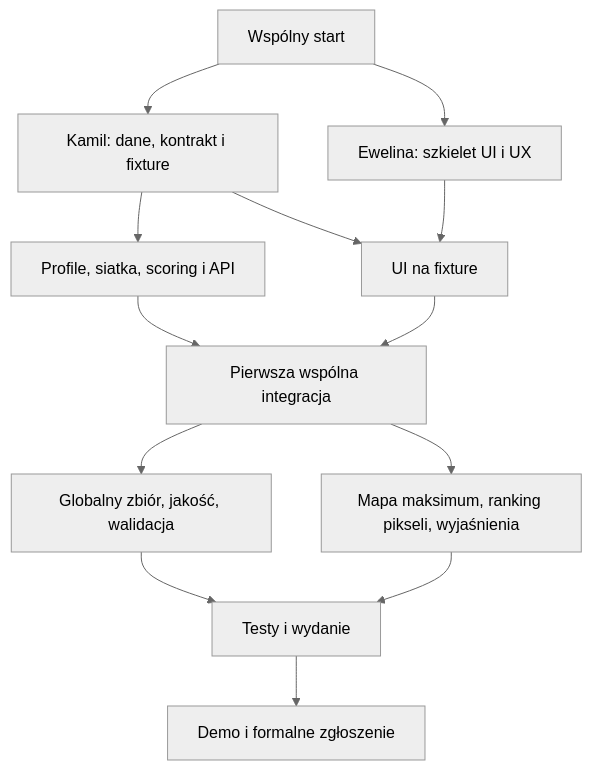
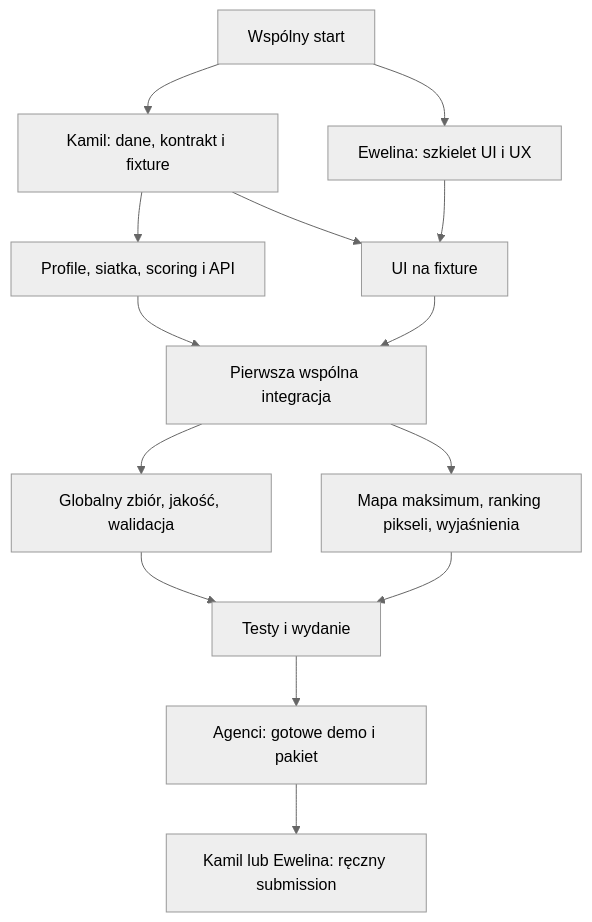
The diagram in docs/PLAN.md (kamilr2000/Ewkam_Lab_NASA), drawn with Mermaid (neutral theme) before and after one commit. The commit also changed other lines of this file and 11 other files, not shown here.

````diff
--- a/docs/PLAN.md
+++ b/docs/PLAN.md
@@ -79,15 +79,16 @@
 ```mermaid
 flowchart TD
   A[Wspólny start] --> K1[Kamil: dane, kontrakt i fixture]
   A --> E1[Ewelina: szkielet UI i UX]
   K1 --> K2[Profile, siatka, scoring i API]
   K1 --> E2[UI na fixture]
   E1 --> E2
   K2 --> M[Pierwsza wspólna integracja]
   E2 --> M
   M --> K3[Globalny zbiór, jakość, walidacja]
   M --> E3[Mapa maksimum, ranking pikseli, wyjaśnienia]
   K3 --> T[Testy i wydanie]
   E3 --> T
-  T --> S[Demo i formalne zgłoszenie]
+  T --> S[Agenci: gotowe demo i pakiet]
+  S --> H[Kamil lub Ewelina: ręczny submission]
 ```
````
